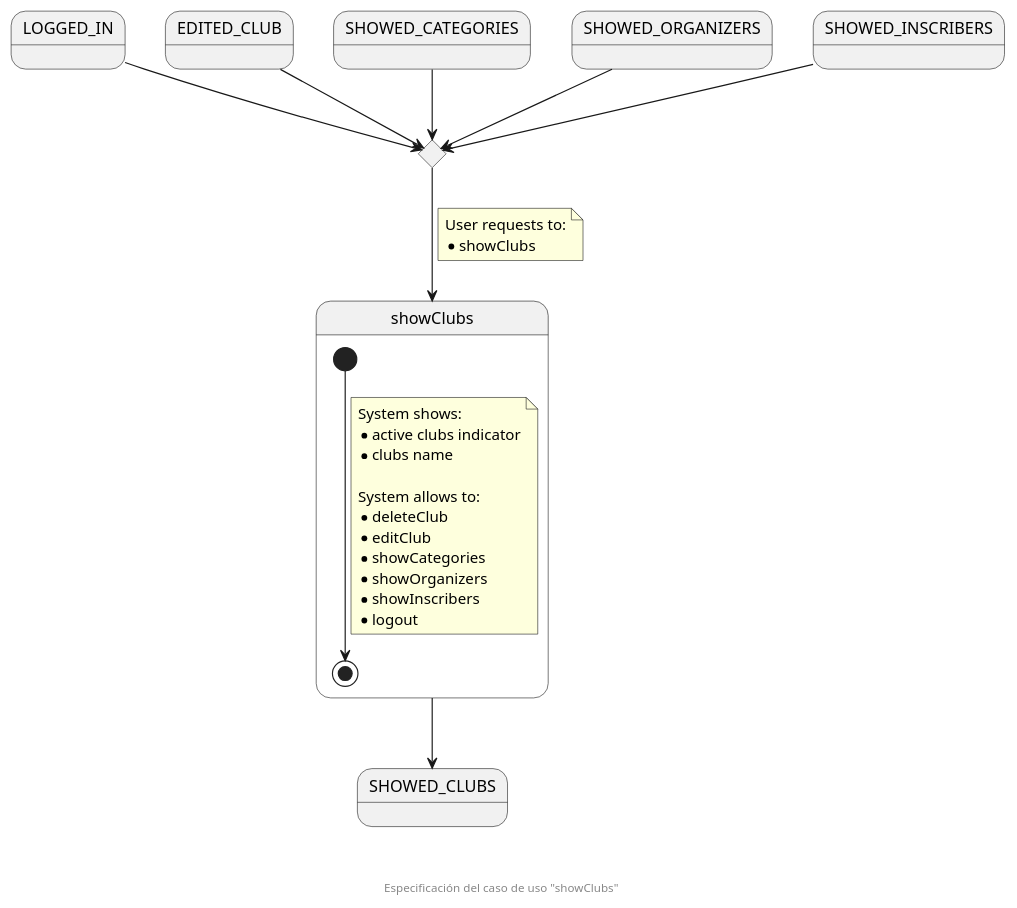
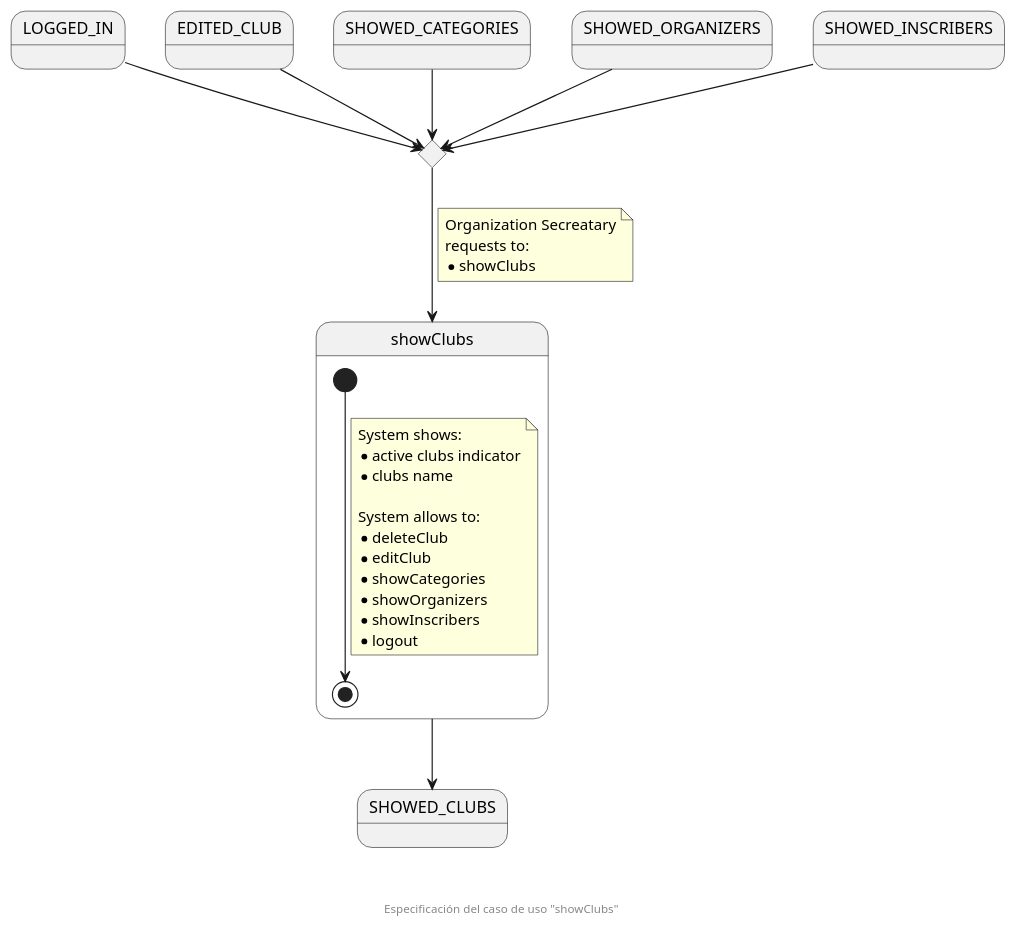
One commit to zuldare/mastercloud_pfm_halterocms changed the diagram in documentation/diagrams/1_requirements/3_useCasesSpecification/organizationSecretary/04_showClubs.puml. Above: the diagram before and after it, drawn with PlantUML. The commit also changed 11 other files, not shown here.

Commit message:
docs: improve use cases specification diagrams

```diff
--- a/documentation/diagrams/1_requirements/3_useCasesSpecification/organizationSecretary/04_showClubs.puml
+++ b/documentation/diagrams/1_requirements/3_useCasesSpecification/organizationSecretary/04_showClubs.puml
@@ -1,42 +1,43 @@
 @startuml
 state LOGGED_IN
 state EDITED_CLUB
 state SHOWED_CATEGORIES
 state SHOWED_ORGANIZERS
 state SHOWED_INSCRIBERS
 
 state enterShowClubsCHC <<choice>>
 
 state showClubs {
   [*] --> [*]
   note on link
     System shows:
     * active clubs indicator
     * clubs name
 
     System allows to:
     * deleteClub
     * editClub
     * showCategories
     * showOrganizers
     * showInscribers
     * logout
   end note
 }
 state SHOWED_CLUBS
 
 LOGGED_IN --> enterShowClubsCHC
 EDITED_CLUB --> enterShowClubsCHC
 SHOWED_CATEGORIES --> enterShowClubsCHC
 SHOWED_ORGANIZERS --> enterShowClubsCHC
 SHOWED_INSCRIBERS --> enterShowClubsCHC
 
 enterShowClubsCHC --> showClubs
 note on link
-  User requests to:
+  Organization Secreatary
+  requests to:
   * showClubs
 end note
 showClubs --> SHOWED_CLUBS
 
 footer \n\n\n Especificación del caso de uso "showClubs"
 @enduml
```
